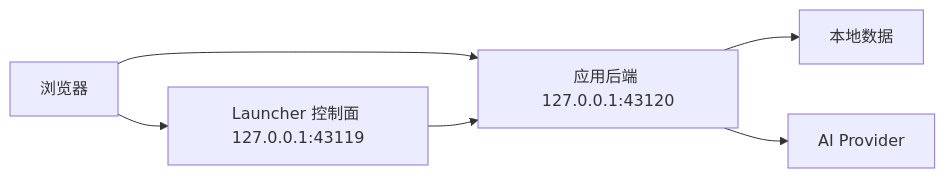
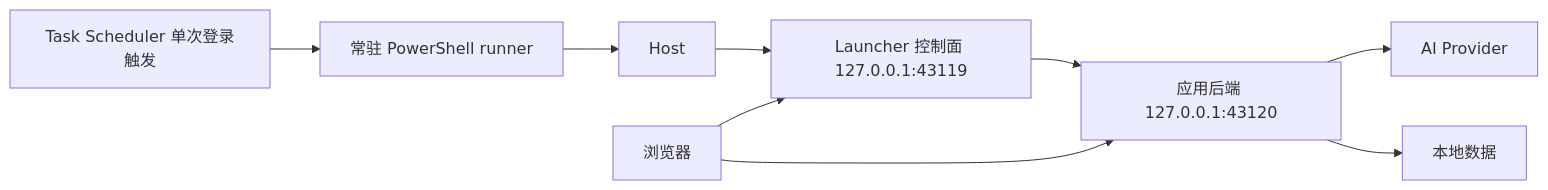
The fourth of 5 diagrams in docs/架构方案/Learning MORE 程序架构设计.md (mixn1998/learning-more), drawn with Mermaid before and after one commit. The commit also changed other lines of this file and 3 other files, not shown here.

Commit message:
docs: record host runner recovery

````diff
--- a/docs/架构方案/Learning MORE 程序架构设计.md
+++ b/docs/架构方案/Learning MORE 程序架构设计.md
@@ -1249,8 +1249,11 @@
 ```mermaid
 flowchart LR
+    TASK["Task Scheduler 单次登录触发"] --> RUNNER["常驻 PowerShell runner"]
+    RUNNER --> HOST["Host"]
+    HOST --> CTRL
     B["浏览器"] --> APP["应用后端 127.0.0.1:43120"]
     B --> CTRL["Launcher 控制面 127.0.0.1:43119"]
     CTRL --> APP
     APP --> DATA["本地数据"]
     APP --> AI["AI Provider"]
 ```
````
